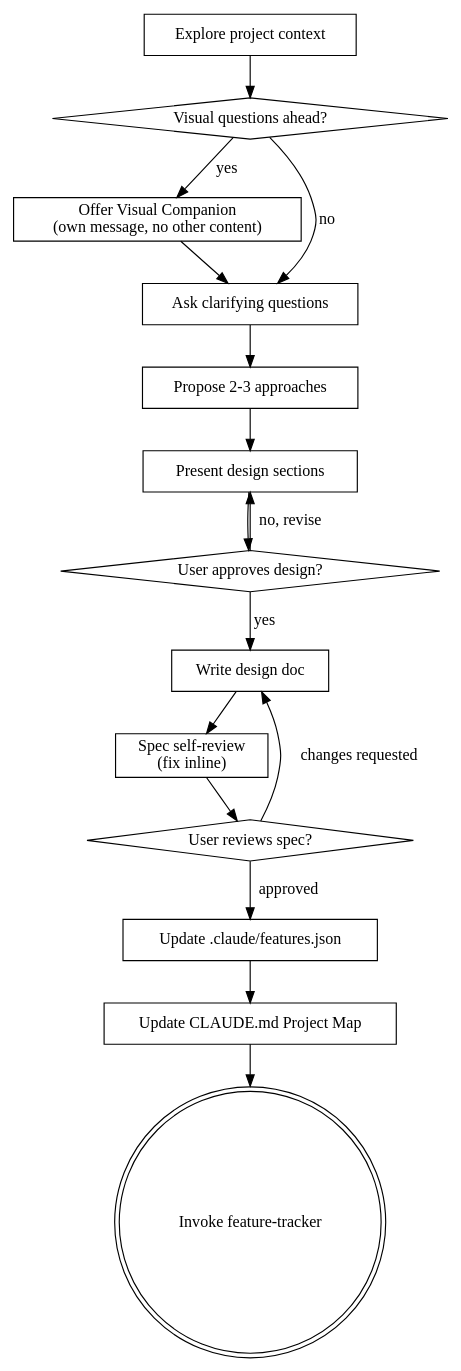
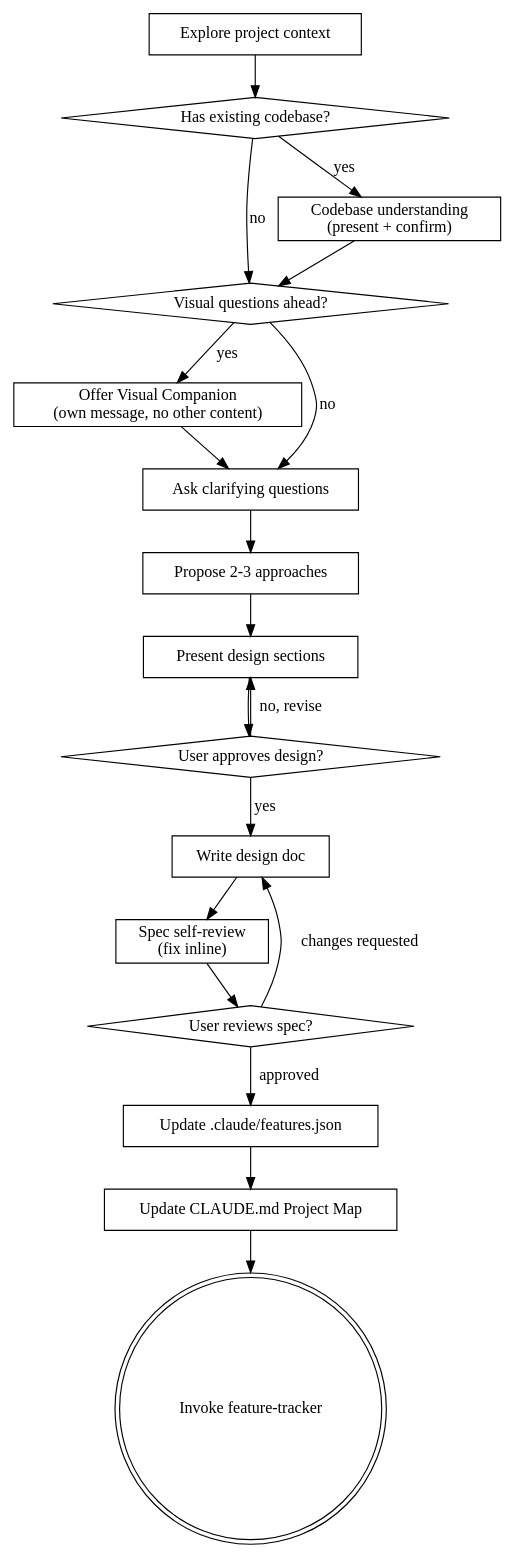
One commit to shawnyin128/sp-harness changed the diagram in skills/brainstorming/SKILL.md. Above: the diagram before and after it, drawn with Graphviz. The commit also changed other lines of this file and 2 other files, not shown here.

First line of the commit message:
[skills]: mandatory codebase understanding before design

````diff
--- a/skills/brainstorming/SKILL.md
+++ b/skills/brainstorming/SKILL.md
@@ -39,34 +40,40 @@
 ```dot
 digraph brainstorming {
     "Explore project context" [shape=box];
     "Visual questions ahead?" [shape=diamond];
     "Offer Visual Companion\n(own message, no other content)" [shape=box];
     "Ask clarifying questions" [shape=box];
     "Propose 2-3 approaches" [shape=box];
     "Present design sections" [shape=box];
     "User approves design?" [shape=diamond];
     "Write design doc" [shape=box];
     "Spec self-review\n(fix inline)" [shape=box];
     "User reviews spec?" [shape=diamond];
     "Invoke feature-tracker" [shape=doublecircle];
 
-    "Explore project context" -> "Visual questions ahead?";
+    "Has existing codebase?" [shape=diamond];
+    "Codebase understanding\n(present + confirm)" [shape=box];
+
+    "Explore project context" -> "Has existing codebase?";
+    "Has existing codebase?" -> "Codebase understanding\n(present + confirm)" [label="yes"];
+    "Has existing codebase?" -> "Visual questions ahead?" [label="no"];
+    "Codebase understanding\n(present + confirm)" -> "Visual questions ahead?";
     "Visual questions ahead?" -> "Offer Visual Companion\n(own message, no other content)" [label="yes"];
     "Visual questions ahead?" -> "Ask clarifying questions" [label="no"];
     "Offer Visual Companion\n(own message, no other content)" -> "Ask clarifying questions";
     "Ask clarifying questions" -> "Propose 2-3 approaches";
     "Propose 2-3 approaches" -> "Present design sections";
     "Present design sections" -> "User approves design?";
     "User approves design?" -> "Present design sections" [label="no, revise"];
     "User approves design?" -> "Write design doc" [label="yes"];
     "Write design doc" -> "Spec self-review\n(fix inline)";
     "Spec self-review\n(fix inline)" -> "User reviews spec?";
     "Update .claude/features.json" [shape=box];
     "Update CLAUDE.md Project Map" [shape=box];
 
     "User reviews spec?" -> "Write design doc" [label="changes requested"];
     "User reviews spec?" -> "Update .claude/features.json" [label="approved"];
     "Update .claude/features.json" -> "Update CLAUDE.md Project Map";
     "Update CLAUDE.md Project Map" -> "Invoke feature-tracker";
 }
 ```
````
